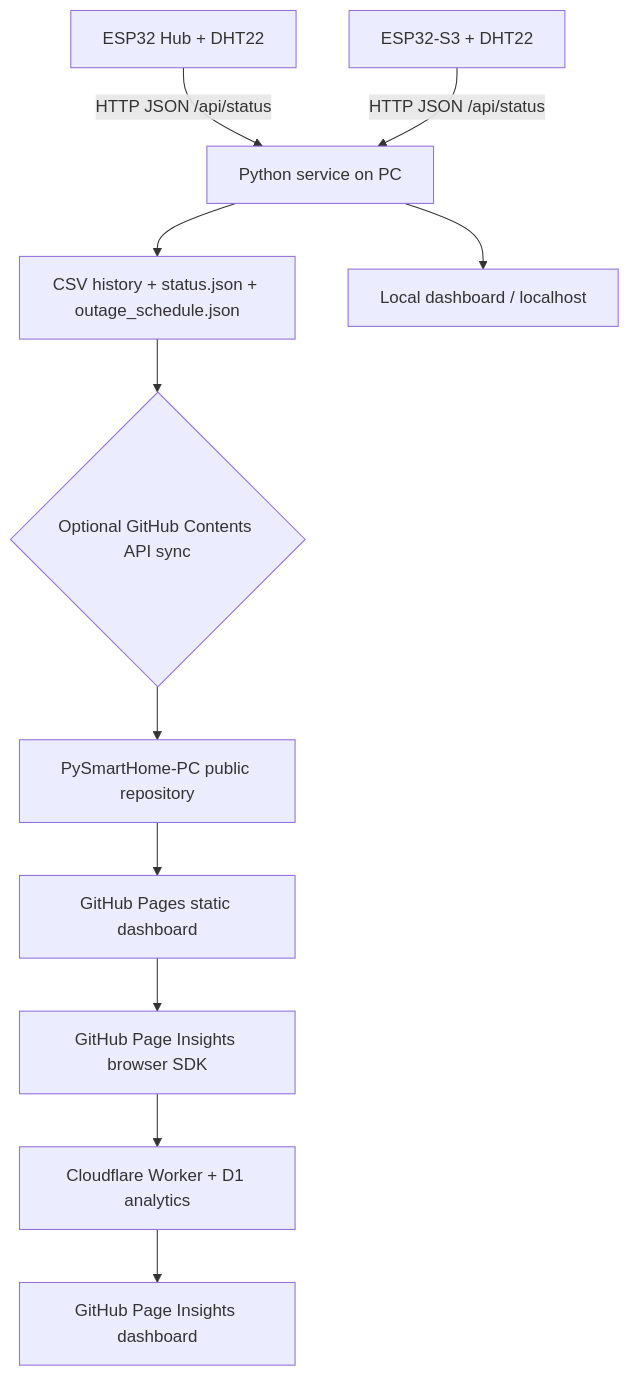
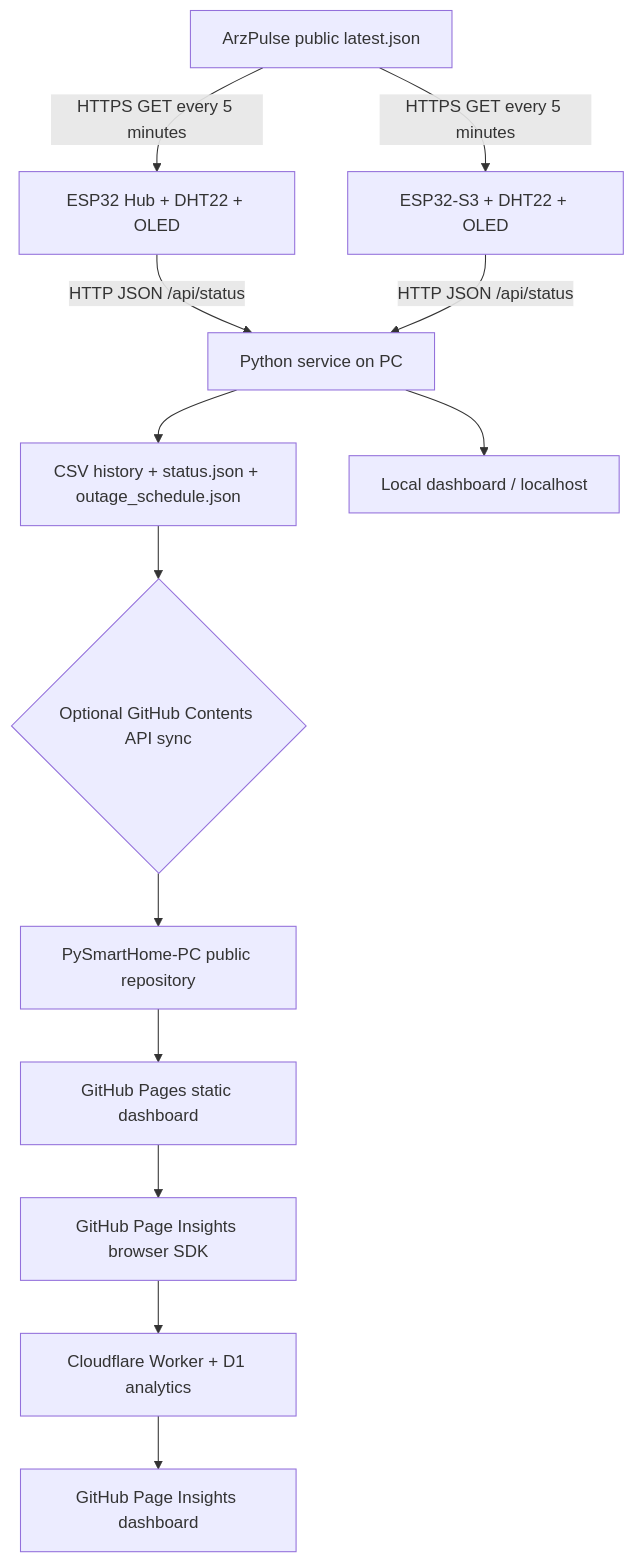
Before and after one commit to mehrdadmb2/PySmartHome-PC: the diagram in README.md, drawn with Mermaid. The commit also changed other lines of this file and 2 other files, not shown here.

````diff
--- a/README.md
+++ b/README.md
@@ -115,13 +127,15 @@
 ```mermaid
 flowchart TD
-    A[ESP32 Hub + DHT22] -->|HTTP JSON /api/status| P[Python service on PC]
-    B[ESP32-S3 + DHT22] -->|HTTP JSON /api/status| P
+    A[ESP32 Hub + DHT22 + OLED] -->|HTTP JSON /api/status| P[Python service on PC]
+    B[ESP32-S3 + DHT22 + OLED] -->|HTTP JSON /api/status| P
+    M[ArzPulse public latest.json] -->|HTTPS GET every 5 minutes| A
+    M -->|HTTPS GET every 5 minutes| B
     P --> C[CSV history + status.json + outage_schedule.json]
     P --> D[Local dashboard / localhost]
     C --> E{Optional GitHub Contents API sync}
     E --> F[PySmartHome-PC public repository]
     F --> G[GitHub Pages static dashboard]
     G --> H[GitHub Page Insights browser SDK]
     H --> I[Cloudflare Worker + D1 analytics]
     I --> J[GitHub Page Insights dashboard]
 ```
````
